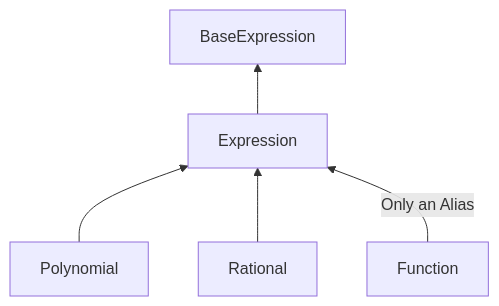
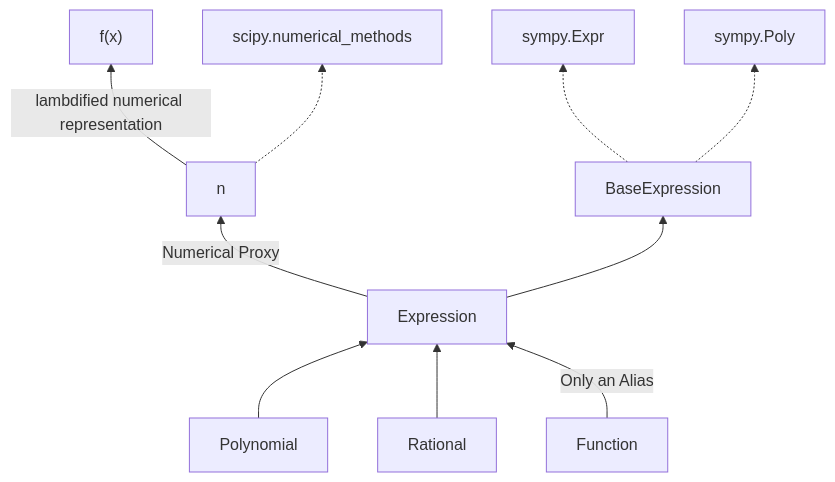
The diagram in README.md (cybergeek1943/MathFlow), drawn with Mermaid before and after one commit. The commit also changed other lines of this file, not shown here.

````diff
--- a/README.md
+++ b/README.md
@@ -82,15 +82,22 @@
 ```mermaid
 graph BT
     %% Visual hierarchy with correct arrow semantics
+    sympy.Expr
+    sympy.Poly
     BaseExpression
     Expression
     Polynomial
     Rational
     Function
     
     %% Arrows still point child → parent
+    BaseExpression -.-> sympy.Expr
+    BaseExpression -.-> sympy.Poly
+    Expression --> |Numerical Proxy| n
+    n --> |lambdified numerical representation| A["f(x)"]
+    n -.-> scipy.numerical_methods
     Expression --> BaseExpression
     Polynomial --> Expression
     Rational --> Expression
     Function --> |Only an Alias| Expression
 ```
````
